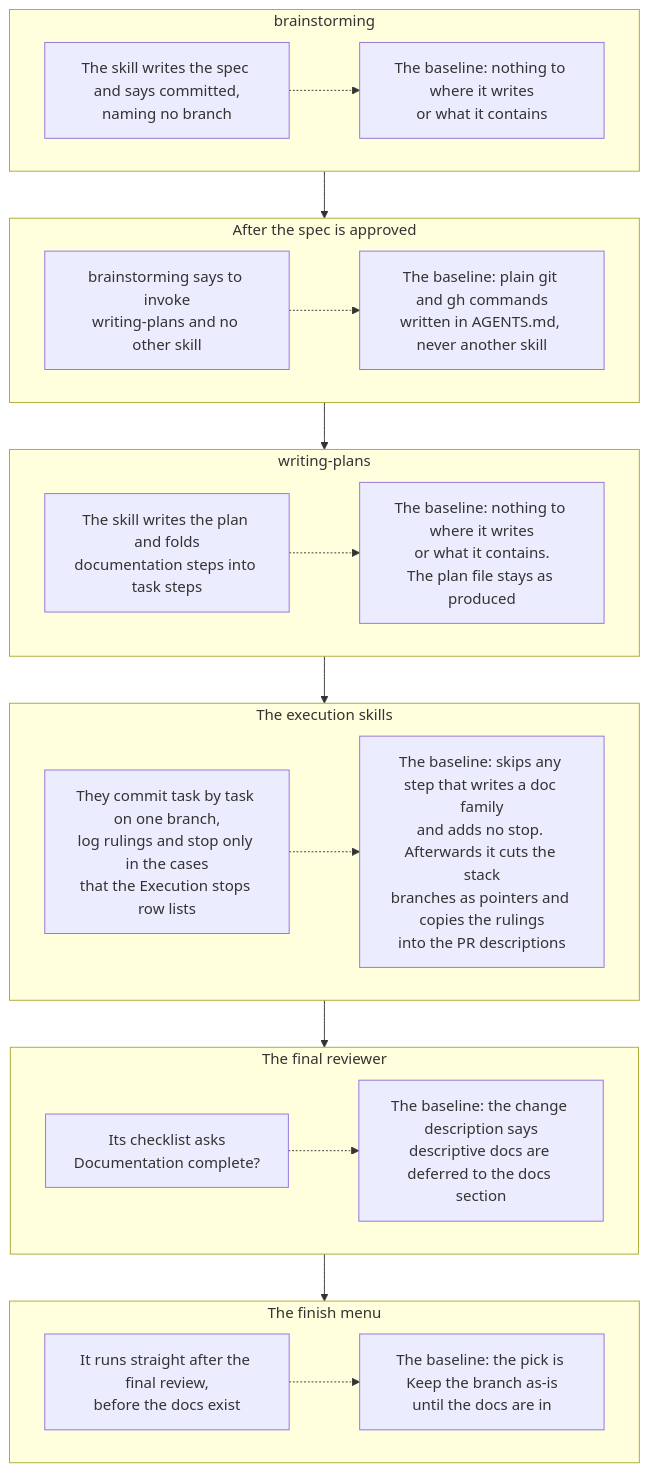
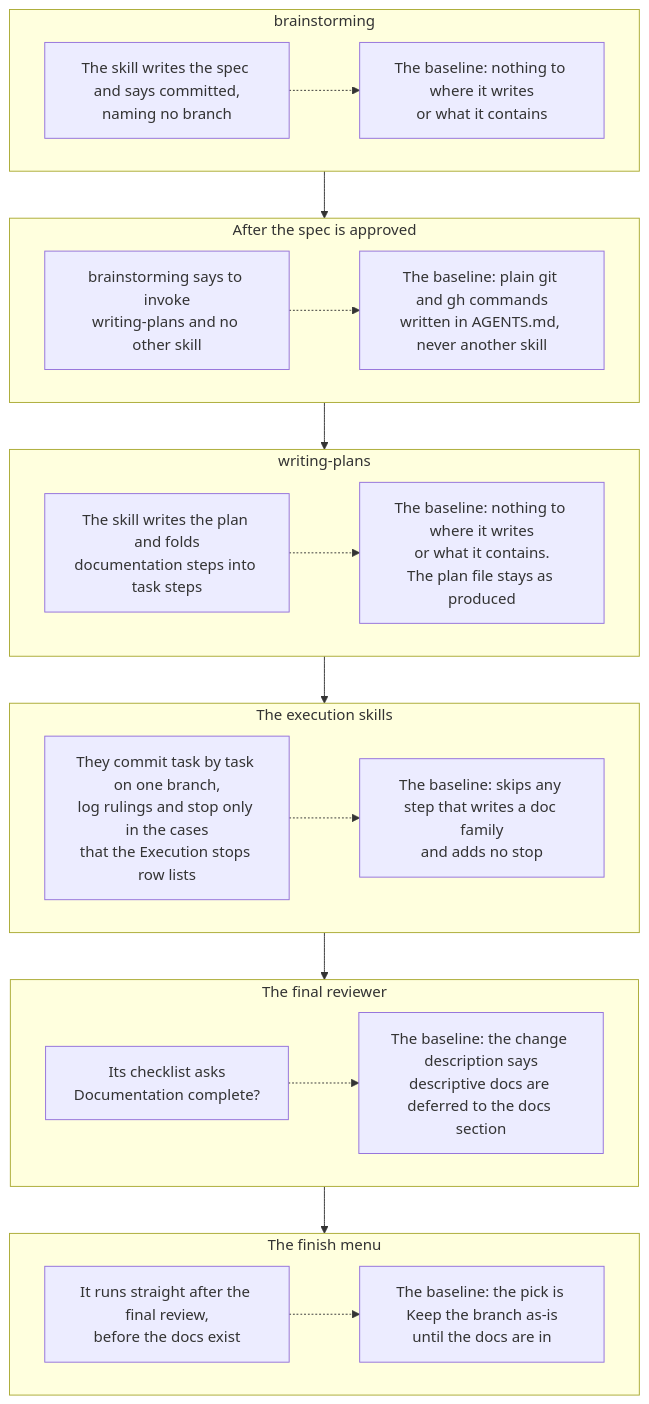
One commit to chandanbsd/baseline-framework changed the second of 2 diagrams in standard/21-skills-seams.md. Above: the diagram before and after it, drawn with Mermaid. The commit also changed 1 other file, not shown here.

Commit message:
feat(standard): keep the seams diagram to the spec and carry the practice-task patch check

````diff
--- a/standard/21-skills-seams.md
+++ b/standard/21-skills-seams.md
@@ -58,28 +58,28 @@
 ```mermaid
 flowchart TB
     subgraph T1["brainstorming"]
         direction LR
         S1["The skill writes the spec and says committed,<br/>naming no branch"] -.-> B1["The baseline: nothing to where it writes<br/>or what it contains"]
     end
     subgraph T2["After the spec is approved"]
         direction LR
         S2["brainstorming says to invoke<br/>writing-plans and no other skill"] -.-> B2["The baseline: plain git and gh commands<br/>written in AGENTS.md, never another skill"]
     end
     subgraph T3["writing-plans"]
         direction LR
         S3["The skill writes the plan and folds<br/>documentation steps into task steps"] -.-> B3["The baseline: nothing to where it writes<br/>or what it contains.<br/>The plan file stays as produced"]
     end
     subgraph T4["The execution skills"]
         direction LR
-        S4["They commit task by task on one branch,<br/>log rulings and stop only in the cases<br/>that the Execution stops row lists"] -.-> B4["The baseline: skips any step that writes a doc family<br/>and adds no stop. Afterwards it cuts the stack<br/>branches as pointers and copies the rulings<br/>into the PR descriptions"]
+        S4["They commit task by task on one branch,<br/>log rulings and stop only in the cases<br/>that the Execution stops row lists"] -.-> B4["The baseline: skips any step that writes a doc family<br/>and adds no stop"]
     end
     subgraph T5["The final reviewer"]
         direction LR
         S5["Its checklist asks<br/>Documentation complete?"] -.-> B5["The baseline: the change description says<br/>descriptive docs are deferred to the docs section"]
     end
     subgraph T6["The finish menu"]
         direction LR
         S6["It runs straight after the final review,<br/>before the docs exist"] -.-> B6["The baseline: the pick is Keep the branch as-is<br/>until the docs are in"]
     end
     T1 --> T2 --> T3 --> T4 --> T5 --> T6
 ```
````
